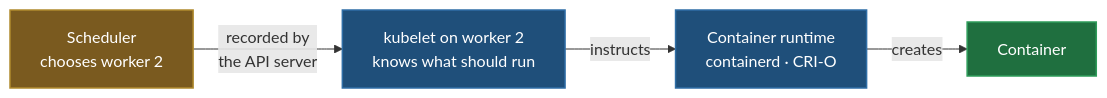
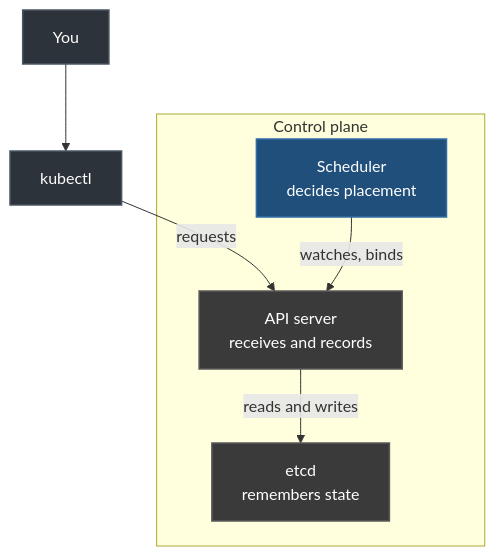
Before and after one commit to Dummy-Bug/Devops: the fifth of 12 diagrams in 08-Kubernetes/02-The-Cluster-Architecture.md, drawn with Mermaid. The commit also changed other lines of this file and 13 other files, not shown here.

````diff
--- a/08-Kubernetes/02-The-Cluster-Architecture.md
+++ b/08-Kubernetes/02-The-Cluster-Architecture.md
@@ -153,12 +159,18 @@
 ```mermaid
-flowchart LR
-    S["Scheduler<br/>chooses worker 2"] -->|"recorded by<br/>the API server"| K["kubelet on worker 2<br/>knows what should run"]
-    K -->|"instructs"| R["Container runtime<br/>containerd · CRI-O"]
-    R -->|"creates"| C["Container"]
+flowchart TD
+    YOU["You"] --> KC["kubectl"]
+    KC -->|"requests"| API["API server<br/>receives and records"]
+    SCH["Scheduler<br/>decides placement"] -->|"watches, binds"| API
+    API -->|"reads and writes"| ETCD["etcd<br/>remembers state"]
+    subgraph CPL["Control plane"]
+        SCH
+        API
+        ETCD
+    end
     classDef mech fill:#1f4f7a,stroke:#2f6ea6,stroke-width:1.5px,color:#fff
-    classDef good fill:#1f6f3f,stroke:#2e9c5a,stroke-width:1.5px,color:#fff
-    classDef step fill:#7a5a1f,stroke:#b08a2e,stroke-width:1.5px,color:#fff
-    class S step
-    class K,R mech
-    class C good
+    classDef actor fill:#2d333b,stroke:#4b5563,stroke-width:1.5px,color:#fff
+    classDef inert fill:#3a3a3a,stroke:#5a5a5a,stroke-width:1.5px,color:#fff
+    class SCH mech
+    class YOU,KC actor
+    class API,ETCD inert
 ```
````
